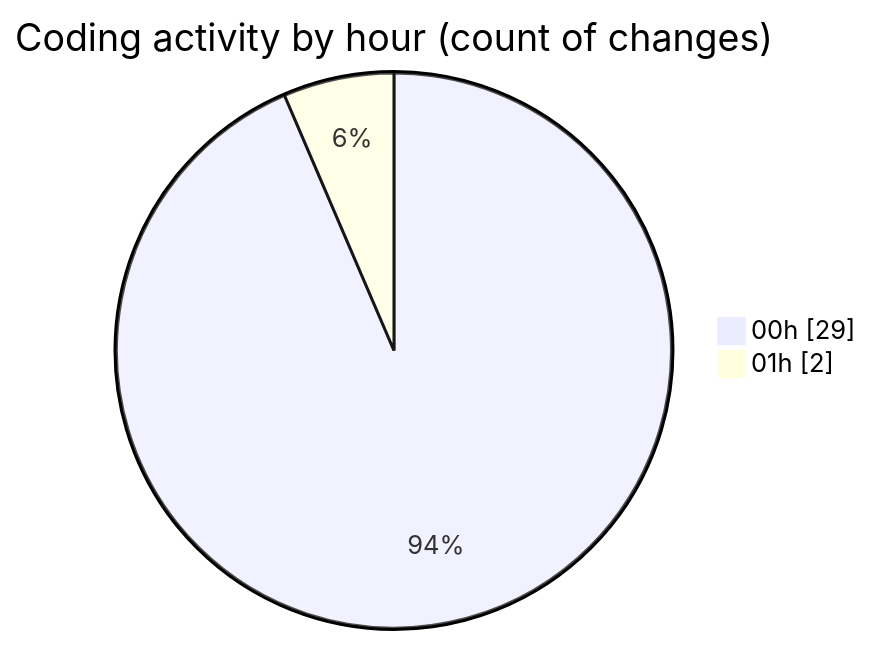
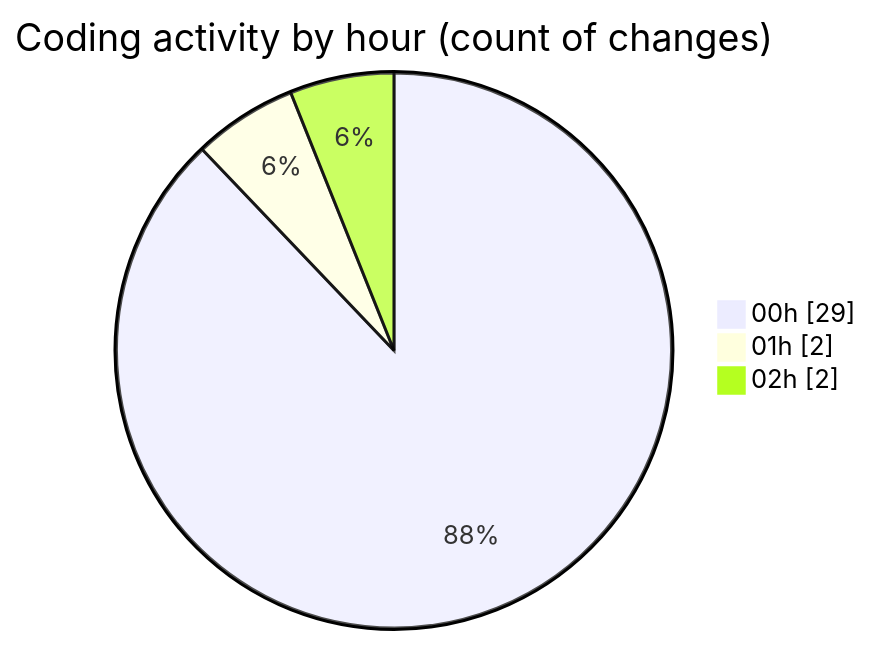
The second of 2 diagrams in 2025-02-09/maps_clone/README.md (donsfak/code-tracking), drawn with Mermaid before and after one commit. The commit also changed other lines of this file and 1 other file, not shown here.

````diff
--- a/2025-02-09/maps_clone/README.md
+++ b/2025-02-09/maps_clone/README.md
@@ -34,6 +37,7 @@
 ```mermaid
 pie showData
 title Coding activity by hour (count of changes)
 "00h" : 29
 "01h" : 2
+"02h" : 2
 ```
````
